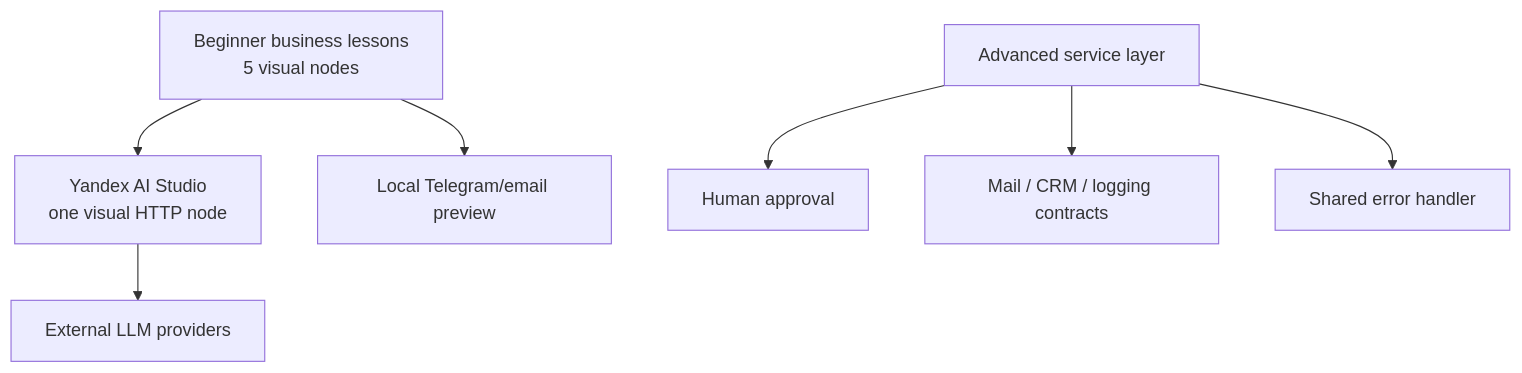
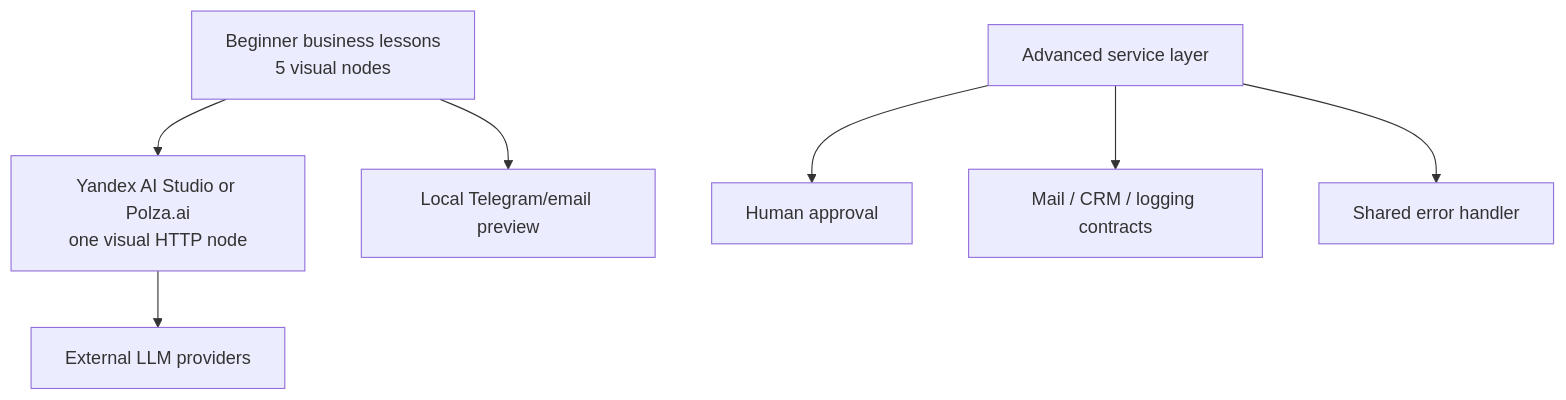
The second of 2 diagrams in docs/architecture.md (marcusaure1ius/alfa-ai-course), drawn with Mermaid before and after one commit. The commit also changed other lines of this file and 22 other files, not shown here.

Commit message:
T-0044 add Polza small-business lessons

````diff
--- a/docs/architecture.md
+++ b/docs/architecture.md
@@ -113,9 +113,9 @@
 ```mermaid
 flowchart TD
-  B["Beginner business lessons\n5 visual nodes"] --> G["Yandex AI Studio\none visual HTTP node"]
+  B["Beginner business lessons\n5 visual nodes"] --> G["Yandex AI Studio or Polza.ai\none visual HTTP node"]
   B --> T["Local Telegram/email preview"]
   S["Advanced service layer"] --> A["Human approval"]
   S --> M["Mail / CRM / logging contracts"]
   S --> E["Shared error handler"]
   G --> X["External LLM providers"]
 ```
````
